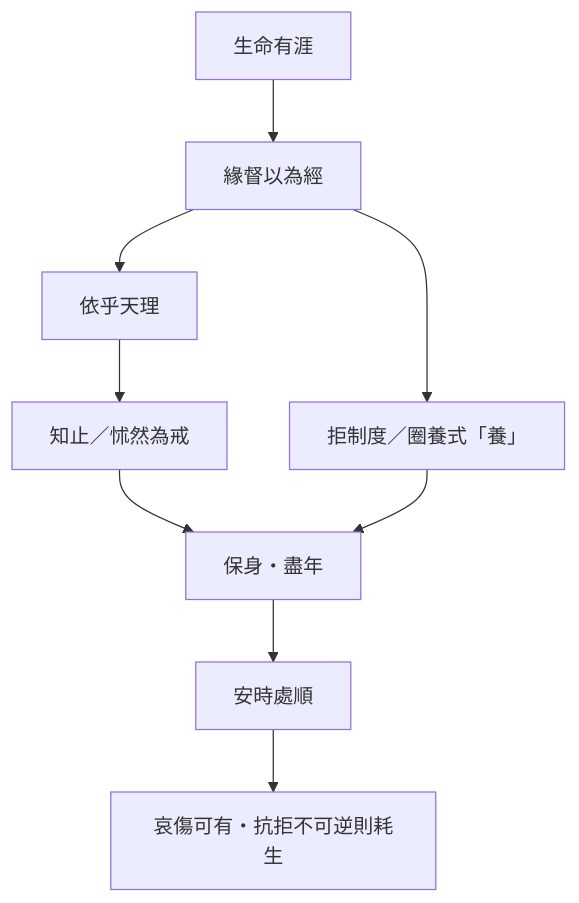
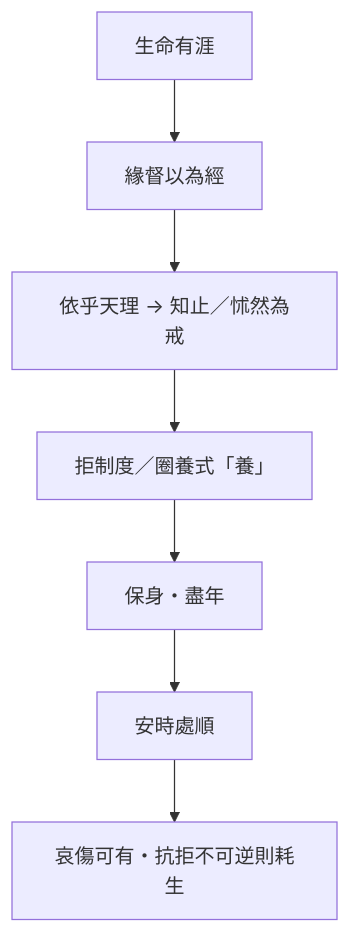
Before and after one commit to show0621/zhuangzi-atlas: the diagram in content/chapters/01-內篇/03-養生主.md, drawn with Mermaid. The commit also changed other lines of this file and 35 other files, not shown here.

First line of the commit message:
fix(print): 全書心智圖改單欄並獨頁放大

````diff
--- a/content/chapters/01-內篇/03-養生主.md
+++ b/content/chapters/01-內篇/03-養生主.md
@@ -224,11 +224,10 @@
 ```mermaid
 flowchart TB
-  L[生命有涯] --> E[緣督以為經]
-  E --> T[依乎天理]
-  T --> K[知止／怵然為戒]
-  K --> B[保身・盡年]
-  B --> A[安時處順]
-  A --> N[哀傷可有・抗拒不可逆則耗生]
-  E --> W[拒制度／圈養式「養」]
-  W --> B
+  L["生命有涯"]
+  L --> E["緣督以為經"]
+  E --> T["依乎天理 → 知止／怵然為戒"]
+  T --> W["拒制度／圈養式「養」"]
+  W --> B["保身・盡年"]
+  B --> A["安時處順"]
+  A --> N["哀傷可有・抗拒不可逆則耗生"]
 ```
````
